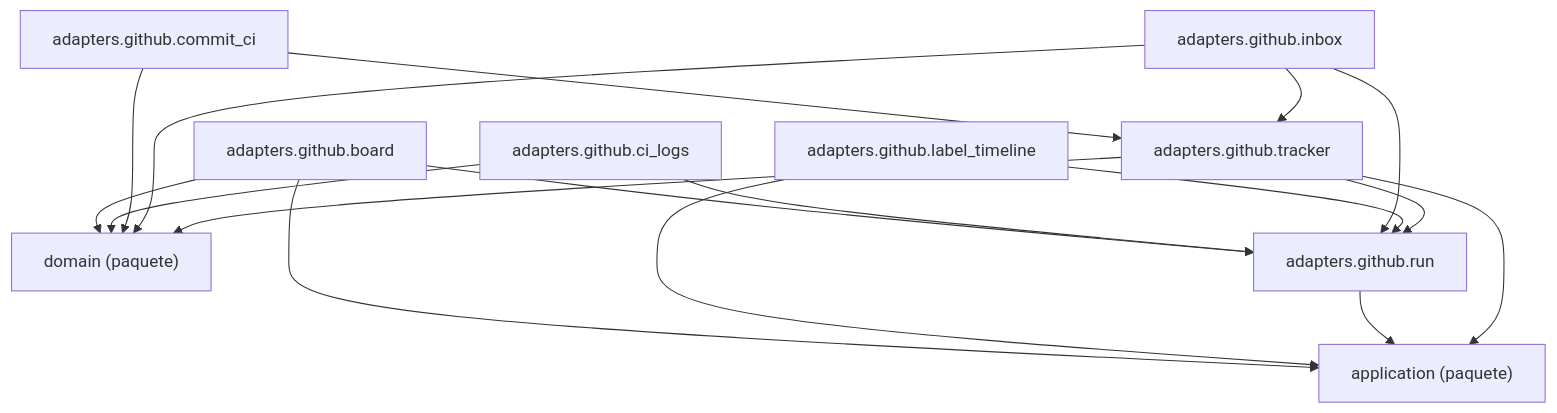
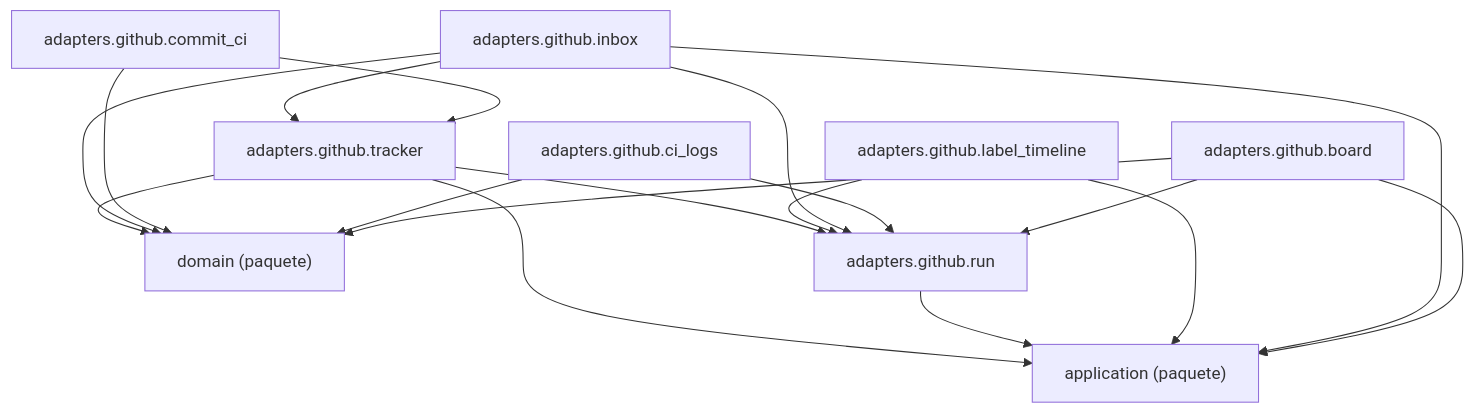
One commit to GonzaloZevallos/agentic-system changed the diagram in docs/architecture/generated/packages-process-adapters-github.md. Above: the diagram before and after it, drawn with Mermaid. The commit also changed 10 other files, not shown here.

````diff
--- a/docs/architecture/generated/packages-process-adapters-github.md
+++ b/docs/architecture/generated/packages-process-adapters-github.md
@@ -14,28 +14,29 @@
 ```mermaid
 graph TD
     g_pkg__application["application (paquete)"]
     g_pkg__domain["domain (paquete)"]
     m_adapters__github__board["adapters.github.board"]
     m_adapters__github__ci_logs["adapters.github.ci_logs"]
     m_adapters__github__commit_ci["adapters.github.commit_ci"]
     m_adapters__github__inbox["adapters.github.inbox"]
     m_adapters__github__label_timeline["adapters.github.label_timeline"]
     m_adapters__github__run["adapters.github.run"]
     m_adapters__github__tracker["adapters.github.tracker"]
     m_adapters__github__board --> g_pkg__application
     m_adapters__github__board --> g_pkg__domain
     m_adapters__github__board --> m_adapters__github__run
     m_adapters__github__ci_logs --> g_pkg__domain
     m_adapters__github__ci_logs --> m_adapters__github__run
     m_adapters__github__commit_ci --> g_pkg__domain
     m_adapters__github__commit_ci --> m_adapters__github__tracker
+    m_adapters__github__inbox --> g_pkg__application
     m_adapters__github__inbox --> g_pkg__domain
     m_adapters__github__inbox --> m_adapters__github__run
     m_adapters__github__inbox --> m_adapters__github__tracker
     m_adapters__github__label_timeline --> g_pkg__application
     m_adapters__github__label_timeline --> m_adapters__github__run
     m_adapters__github__run --> g_pkg__application
     m_adapters__github__tracker --> g_pkg__application
     m_adapters__github__tracker --> g_pkg__domain
     m_adapters__github__tracker --> m_adapters__github__run
 ```
````
